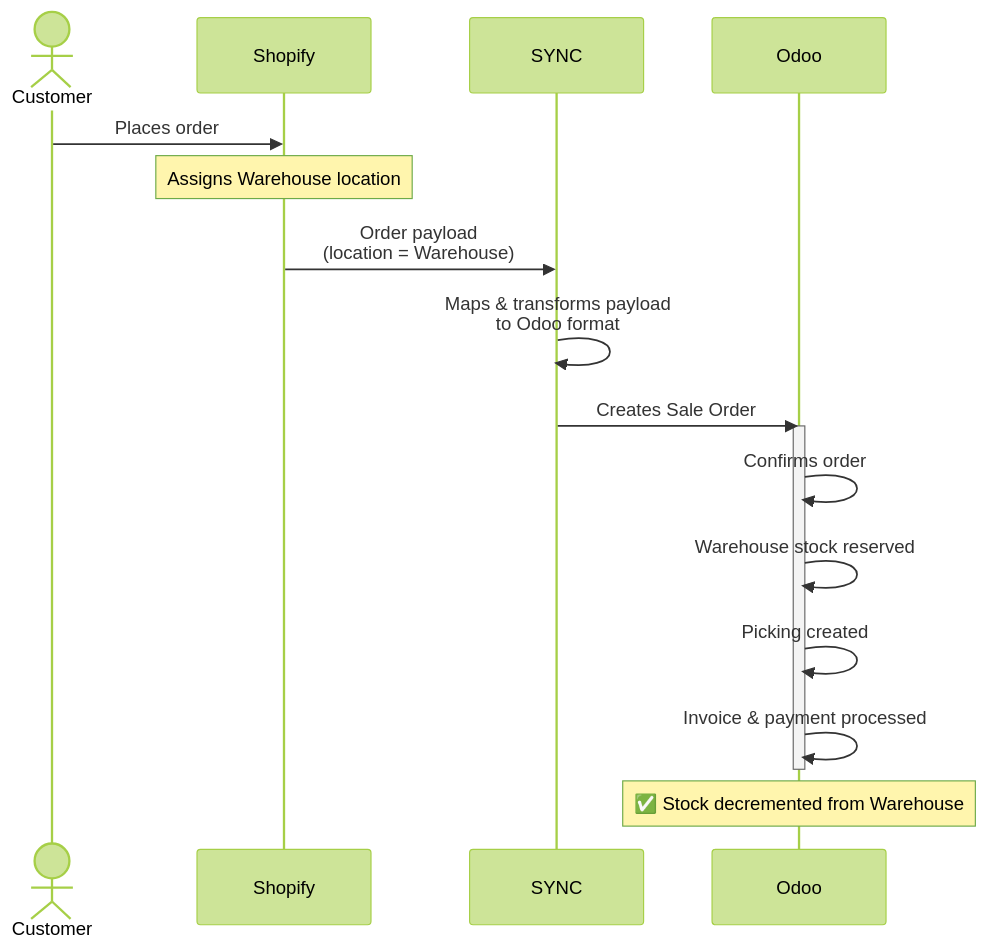
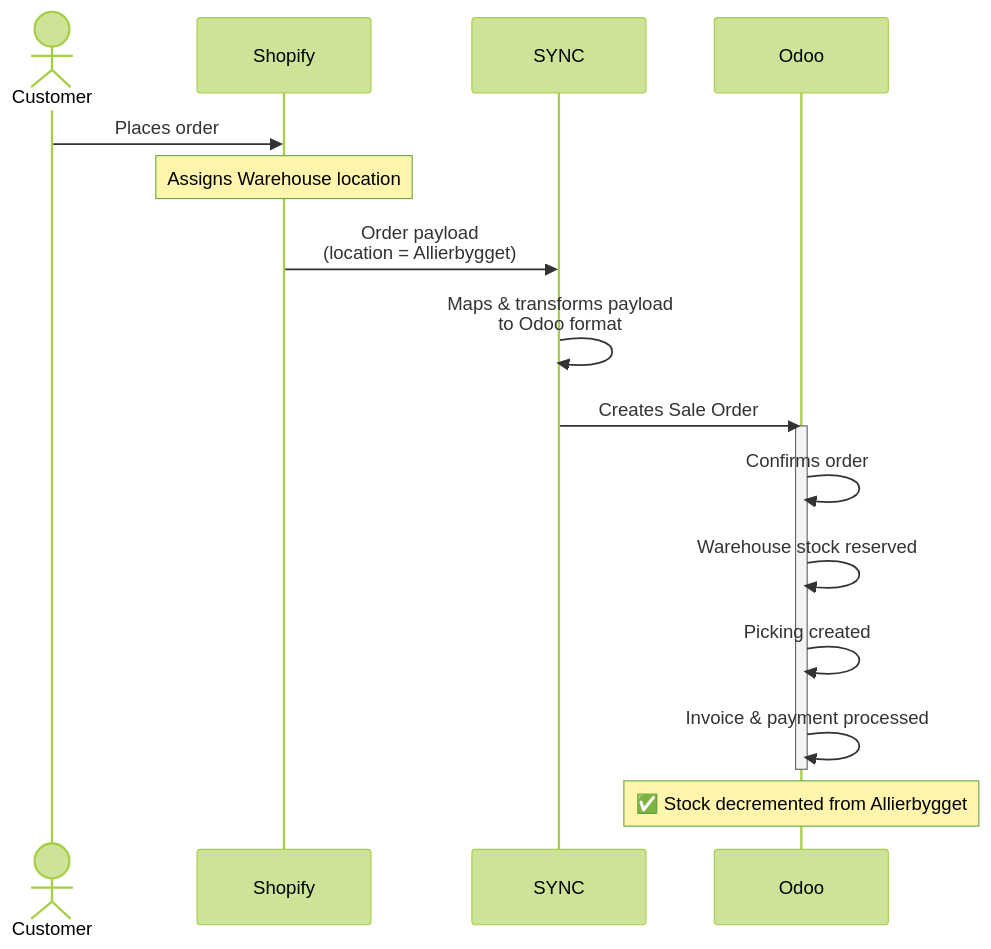
Before and after one commit to ozan-droid/documents: the third of 16 diagrams in shopify-sync-odoo-scenarios.md, drawn with Mermaid (forest theme). The commit also changed other lines of this file, not shown here.

````diff
--- a/shopify-sync-odoo-scenarios.md
+++ b/shopify-sync-odoo-scenarios.md
@@ -109,23 +109,23 @@
 ```mermaid
 sequenceDiagram
     actor Customer
     participant Shopify
     participant SYNC
     participant Odoo
 
     Customer->>Shopify: Places order
     Note over Shopify: Assigns Warehouse location
 
-    Shopify->>SYNC: Order payload<br/>(location = Warehouse)
+    Shopify->>SYNC: Order payload<br/>(location = Allierbygget)
     SYNC->>SYNC: Maps & transforms payload<br/>to Odoo format
     SYNC->>Odoo: Creates Sale Order
 
     activate Odoo
     Odoo->>Odoo: Confirms order
     Odoo->>Odoo: Warehouse stock reserved
     Odoo->>Odoo: Picking created
     Odoo->>Odoo: Invoice & payment processed
     deactivate Odoo
 
-    Note over Odoo: ✅ Stock decremented from Warehouse
+    Note over Odoo: ✅ Stock decremented from Allierbygget
 ```
````
